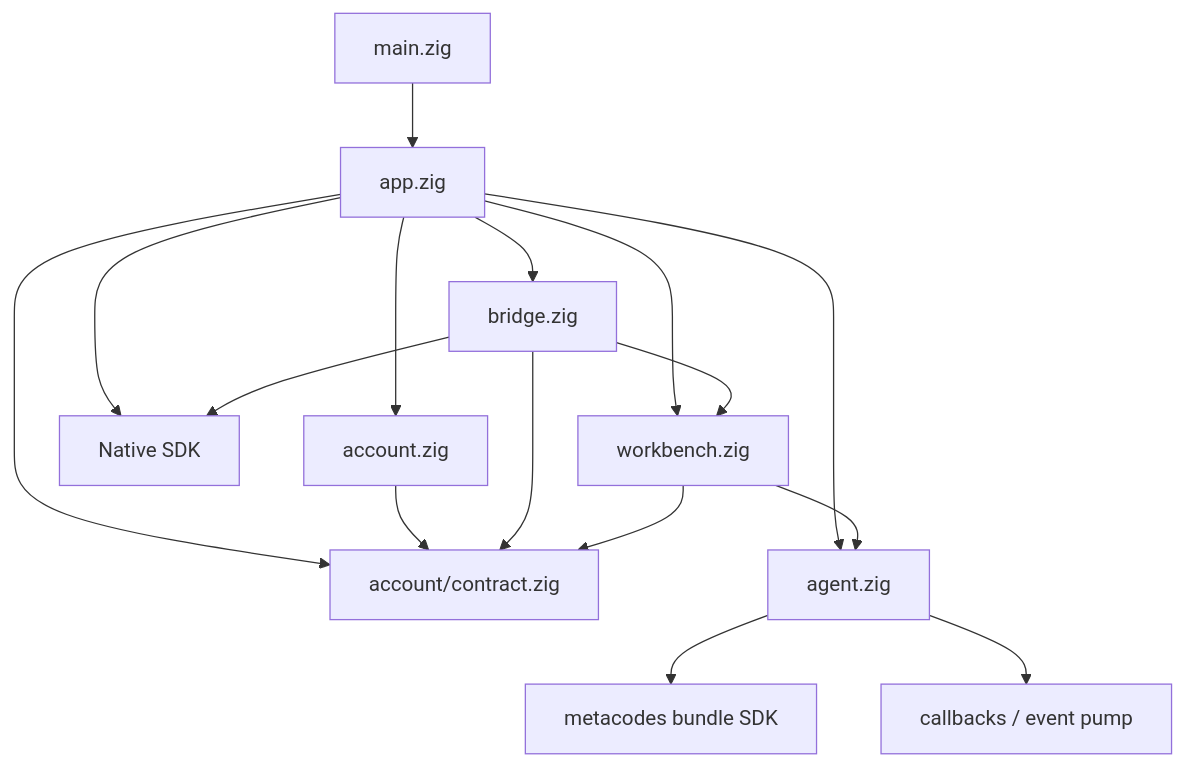
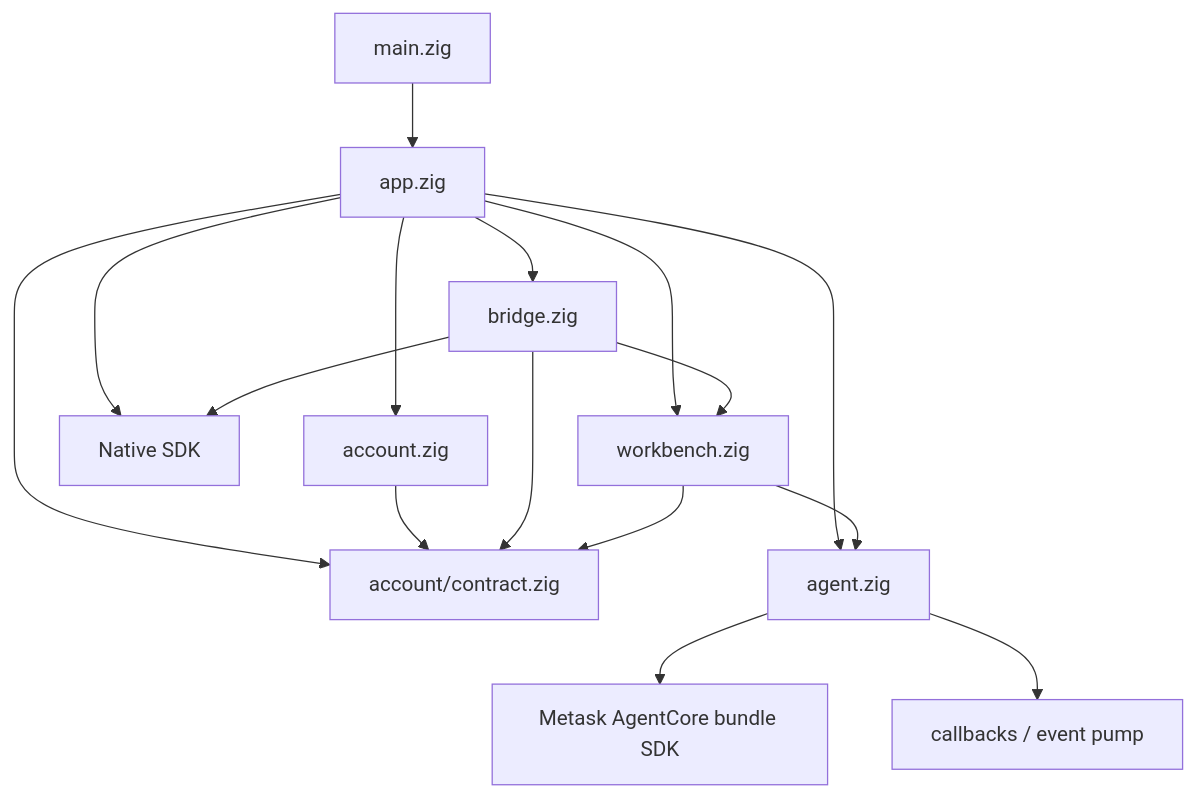
The second of 2 diagrams in docs/project-structure.md (metask-ai/metawork), drawn with Mermaid before and after one commit. The commit also changed other lines of this file and 21 other files, not shown here.

````diff
--- a/docs/project-structure.md
+++ b/docs/project-structure.md
@@ -369,18 +369,18 @@
 ```mermaid
 flowchart TB
     MAIN["main.zig"] --> APP["app.zig"]
     APP --> ACCOUNT["account.zig"]
     APP --> CONTRACT["account/contract.zig"]
     APP --> AGENT["agent.zig"]
     APP --> NATIVE["Native SDK"]
     APP --> BRIDGE["bridge.zig"]
     APP --> WB["workbench.zig"]
     ACCOUNT --> CONTRACT
     BRIDGE --> CONTRACT
     WB --> CONTRACT
     BRIDGE --> NATIVE
     BRIDGE --> WB
     WB --> AGENT
-    AGENT --> SDK["metacodes bundle SDK"]
+    AGENT --> SDK["Metask AgentCore bundle SDK"]
     AGENT --> PUMP["callbacks / event pump"]
 ```
````
